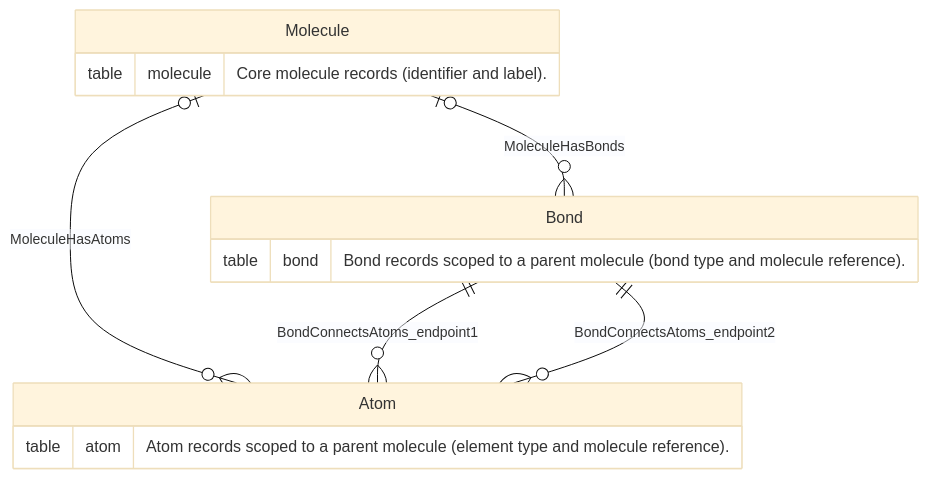
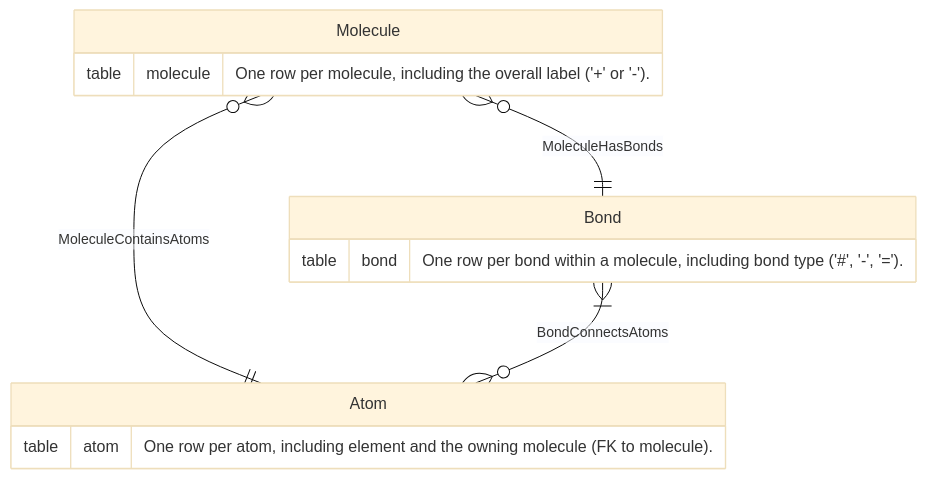
Before and after one commit to megagonlabs/tabulaflow: the diagram in readable/preprocessors/er_diagram_synthesizer/bird-sql+toxicology.md, drawn with Mermaid (base theme). The commit also changed 103 other files, not shown here.

````diff
--- a/readable/preprocessors/er_diagram_synthesizer/bird-sql+toxicology.md
+++ b/readable/preprocessors/er_diagram_synthesizer/bird-sql+toxicology.md
@@ -1,22 +1,21 @@
 ```mermaid
 erDiagram
     Molecule {
-        table molecule "Core molecule records (identifier and label)."
+        table molecule "One row per molecule, including the overall label ('+' or '-')."
     }
     Atom {
-        table atom "Atom records scoped to a parent molecule (element type and molecule reference)."
+        table atom "One row per atom, including element and the owning molecule (FK to molecule)."
     }
     Bond {
-        table bond "Bond records scoped to a parent molecule (bond type and molecule reference)."
+        table bond "One row per bond within a molecule, including bond type ('#', '-', '=')."
     }
 
-    %% FROM molecule JOIN atom ON atom.molecule_id = molecule.molecule_id
-    Molecule |o--o{ Atom : "MoleculeHasAtoms"
+    %% FROM molecule JOIN atom ON molecule.molecule_id = atom.molecule_id
+    Molecule }o--|| Atom : "MoleculeContainsAtoms"
 
-    %% FROM molecule JOIN bond ON bond.molecule_id = molecule.molecule_id
-    Molecule |o--o{ Bond : "MoleculeHasBonds"
+    %% FROM molecule JOIN bond ON molecule.molecule_id = bond.molecule_id
+    Molecule }o--|| Bond : "MoleculeHasBonds"
 
-    %% FROM connected JOIN bond ON connected.bond_id = bond.bond_id JOIN atom AS atom1 ON connected.atom_id = atom1.atom_id AND atom1.molecule_id = bond.molecule_id JOIN atom AS atom2 ON connected.atom_id2 = atom2.atom_id AND atom2.molecule_id = bond.molecule_id
-    Bond ||--o{ Atom : "BondConnectsAtoms_endpoint1"
-    Bond ||--o{ Atom : "BondConnectsAtoms_endpoint2"
+    %% FROM bond JOIN connected ON connected.bond_id = bond.bond_id JOIN atom ON atom.atom_id = connected.atom_id
+    Bond }|--o{ Atom : "BondConnectsAtoms"
 ```
````
